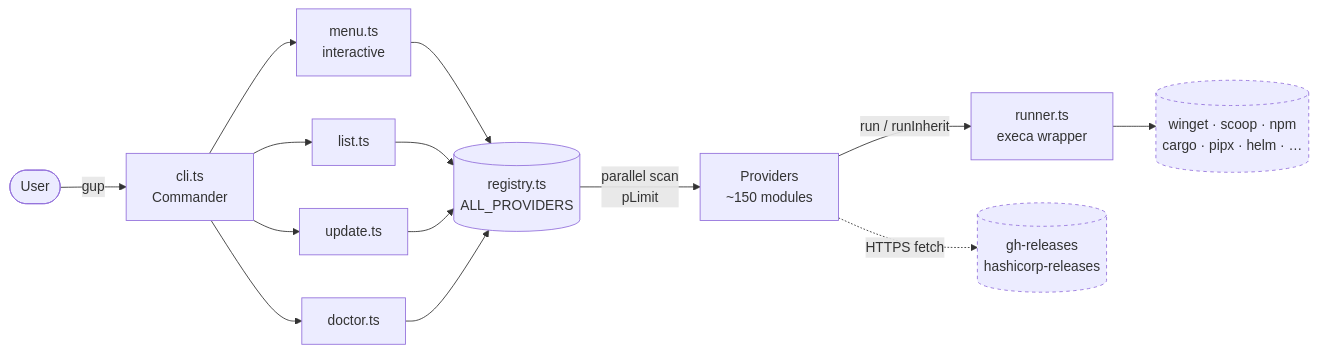
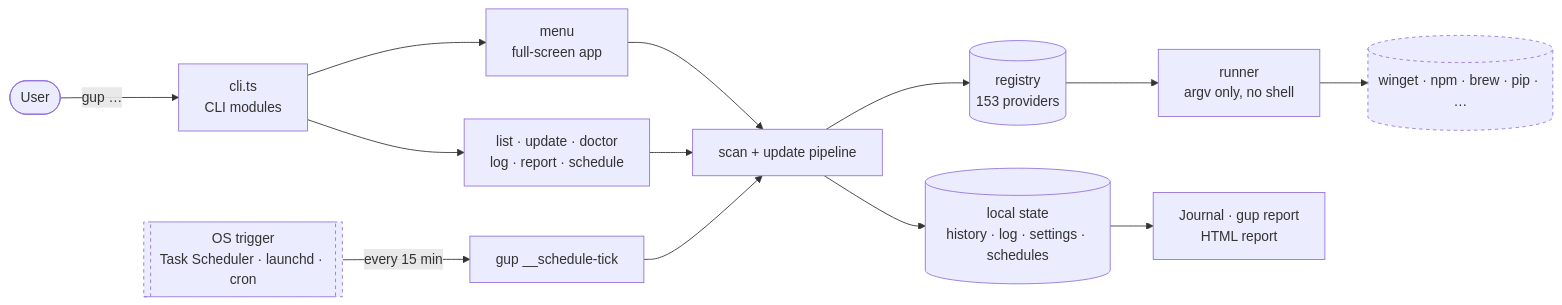
Before and after one commit to LINDECKER-Charles/gup: the first of 12 diagrams in docs/development/architecture.md, drawn with Mermaid. The commit also changed other lines of this file and 2 other files, not shown here.

First line of the commit message:
docs(architecture): redraw the layers, pipelines and run flows

````diff
--- a/docs/development/architecture.md
+++ b/docs/development/architecture.md
@@ -31,18 +47,16 @@
 ```mermaid
 flowchart LR
-    User([User]) -->|gup| CLI[cli.ts<br/>Commander]
-    CLI --> Menu[menu.ts<br/>interactive]
-    CLI --> List[list.ts]
-    CLI --> Update[update.ts]
-    CLI --> Doctor[doctor.ts]
-
-    Menu & List & Update & Doctor --> Registry[(registry.ts<br/>ALL_PROVIDERS)]
-    Registry -->|parallel scan<br/>pLimit| Providers[Providers<br/>~150 modules]
-    Providers -->|run / runInherit| Runner[runner.ts<br/>execa wrapper]
-    Runner --> Tools[(winget · scoop · npm<br/>cargo · pipx · helm · …)]
-
-    Providers -.HTTPS fetch.-> Releases[(gh-releases<br/>hashicorp-releases)]
+    User([User]) -->|"gup …"| CLI["cli.ts<br/>CLI modules"]
+    OS[["OS trigger<br/>Task Scheduler · launchd · cron"]] -->|every 15 min| Tick["gup __schedule-tick"]
+    CLI --> Menu["menu<br/>full-screen app"]
+    CLI --> Cmds["list · update · doctor<br/>log · report · schedule"]
+    Menu & Cmds & Tick --> Engine["scan + update pipeline"]
+    Engine --> Registry[("registry<br/>153 providers")]
+    Registry --> Runner["runner<br/>argv only, no shell"]
+    Runner --> Tools[("winget · npm · brew · pip · …")]
+    Engine --> State[("local state<br/>history · log · settings · schedules")]
+    State --> Views["Journal · gup report<br/>HTML report"]
 
     classDef boundary stroke-dasharray: 4 4
-    class Tools,Releases boundary
+    class Tools,OS boundary
 ```
````
